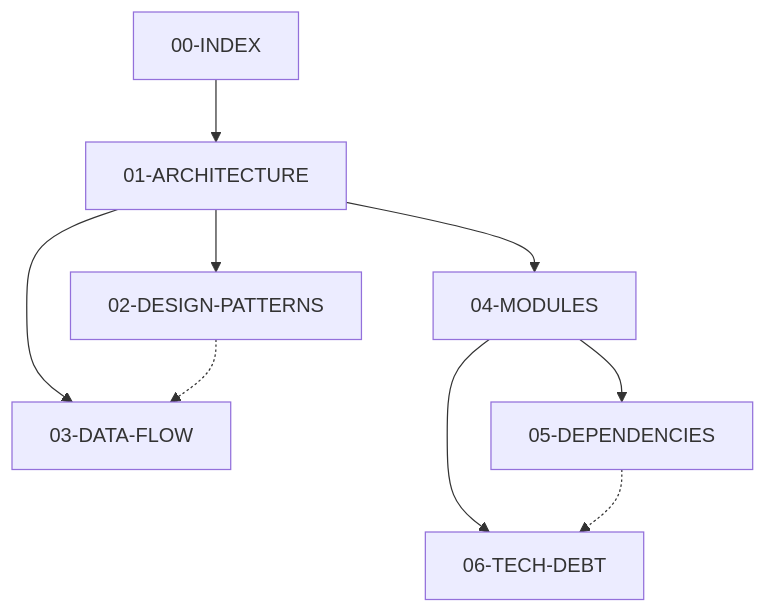
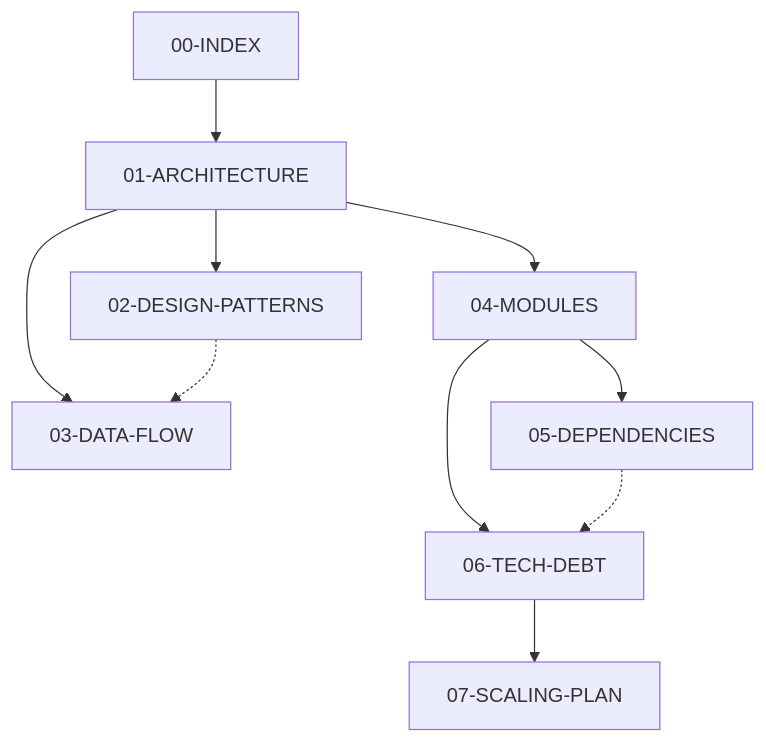
The first of 2 diagrams in docs/analysis/00-INDEX.md (grandeclip/pouchit-scraper), drawn with Mermaid before and after one commit. The commit also changed other lines of this file and 1 other file, not shown here.

````diff
--- a/docs/analysis/00-INDEX.md
+++ b/docs/analysis/00-INDEX.md
@@ -29,14 +30,15 @@
 ```mermaid
 flowchart TB
     INDEX[00-INDEX] --> ARCH[01-ARCHITECTURE]
 
     ARCH --> PATTERNS[02-DESIGN-PATTERNS]
     ARCH --> FLOW[03-DATA-FLOW]
     ARCH --> MODULES[04-MODULES]
 
     MODULES --> DEPS[05-DEPENDENCIES]
     MODULES --> DEBT[06-TECH-DEBT]
+    DEBT --> SCALE[07-SCALING-PLAN]
 
     PATTERNS -.-> FLOW
     DEPS -.-> DEBT
 ```
````
